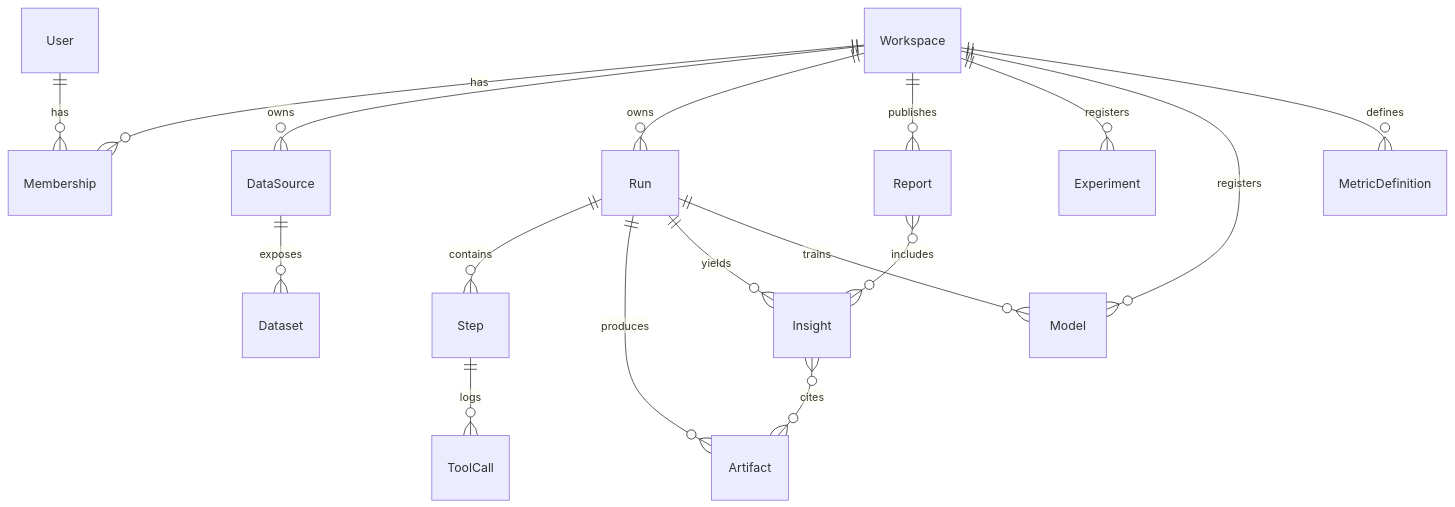
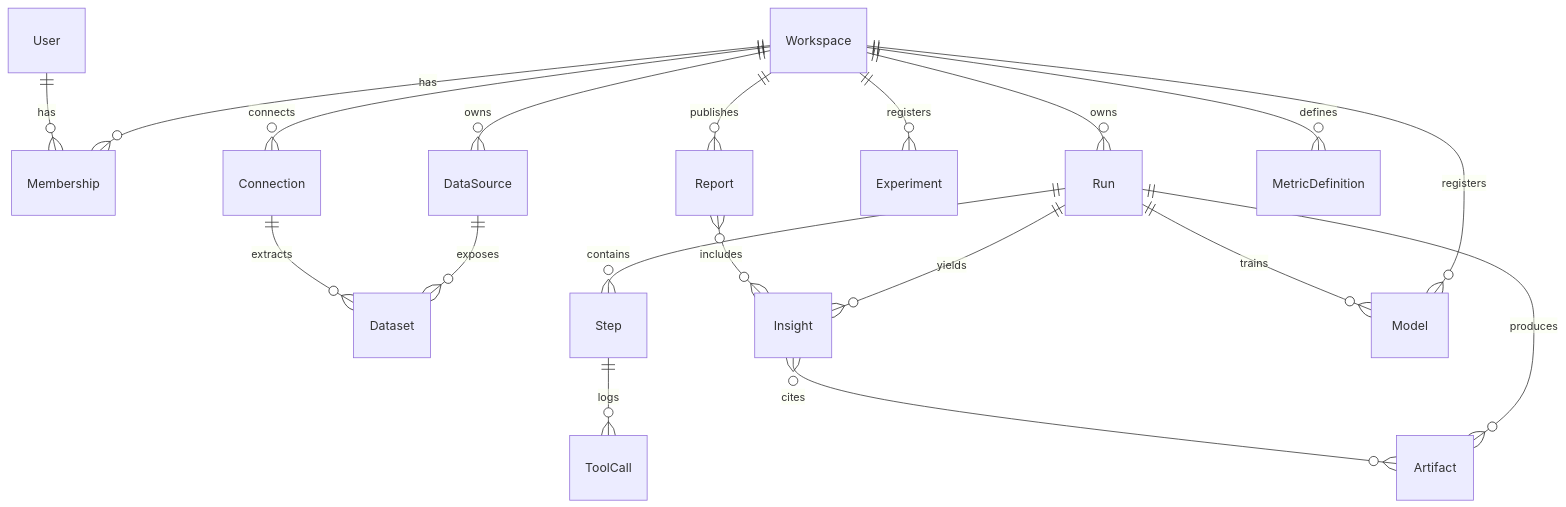
The third of 3 diagrams in docs/ARCHITECTURE.md (SweetVege/inferra), drawn with Mermaid before and after one commit. The commit also changed other lines of this file and 41 other files, not shown here.

````diff
--- a/docs/ARCHITECTURE.md
+++ b/docs/ARCHITECTURE.md
@@ -204,19 +224,21 @@
 ```mermaid
 erDiagram
   Workspace ||--o{ Membership : has
   User ||--o{ Membership : has
   Workspace ||--o{ DataSource : owns
   DataSource ||--o{ Dataset : exposes
   Workspace ||--o{ Run : owns
   Run ||--o{ Step : contains
   Step ||--o{ ToolCall : logs
   Run ||--o{ Artifact : produces
   Run ||--o{ Insight : yields
   Insight }o--o{ Artifact : cites
   Workspace ||--o{ Report : publishes
   Report }o--o{ Insight : includes
   Workspace ||--o{ Experiment : registers
   Workspace ||--o{ Model : registers
+  Workspace ||--o{ Connection : connects
+  Connection ||--o{ Dataset : extracts
   Run ||--o{ Model : trains
   Workspace ||--o{ MetricDefinition : defines
 ```
````
